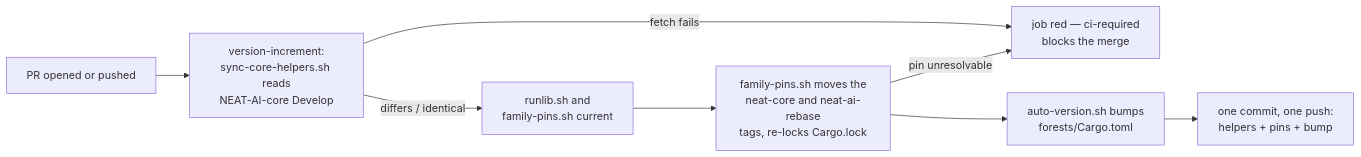
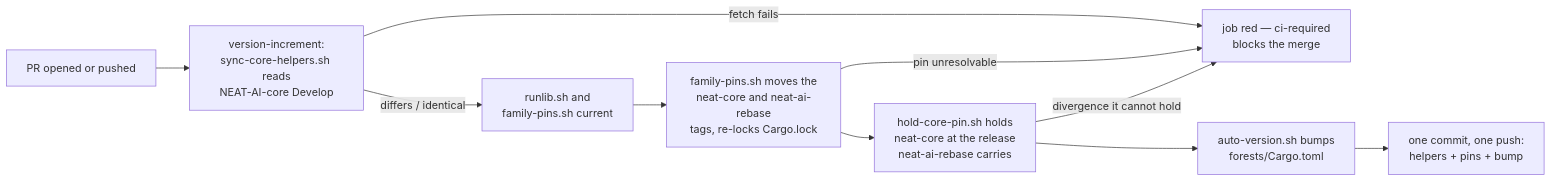
The first of 5 diagrams in README.md (stSoftwareAU/NEAT-AI-Forests), drawn with Mermaid before and after one commit. The commit also changed other lines of this file and 9 other files, not shown here.

````diff
--- a/README.md
+++ b/README.md
@@ -134,10 +134,12 @@
 ```mermaid
 flowchart LR
     A["PR opened or pushed"] --> B["version-increment:<br/>sync-core-helpers.sh reads<br/>NEAT-AI-core Develop"]
     B -- "fetch fails" --> C["job red — ci-required<br/>blocks the merge"]
     B -- "differs / identical" --> D["runlib.sh and<br/>family-pins.sh current"]
     D --> E["family-pins.sh moves the<br/>neat-core and neat-ai-rebase<br/>tags, re-locks Cargo.lock"]
     E -- "pin unresolvable" --> C
-    E --> F["auto-version.sh bumps<br/>forests/Cargo.toml"]
+    E --> H["hold-core-pin.sh holds<br/>neat-core at the release<br/>neat-ai-rebase carries"]
+    H -- "divergence it cannot hold" --> C
+    H --> F["auto-version.sh bumps<br/>forests/Cargo.toml"]
     F --> G["one commit, one push:<br/>helpers + pins + bump"]
 ```
````
